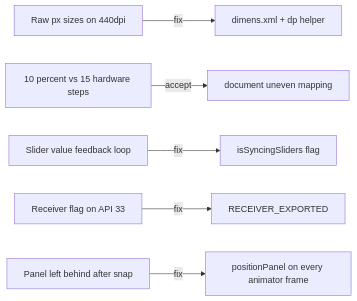
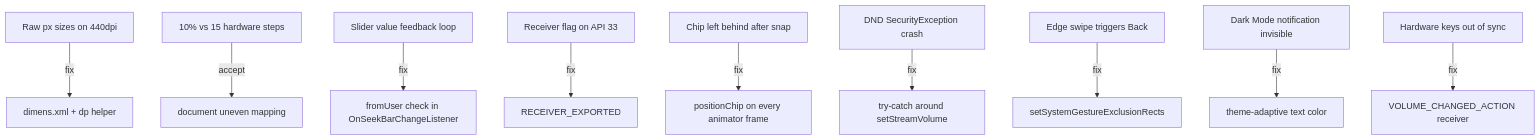
The diagram in docs/DECISIONS_AND_TRAPS.md (Mostakim2005/volume-manager), drawn with Mermaid before and after one commit. The commit also changed other lines of this file and 4 other files, not shown here.

Commit message:
docs: sync documentation with compact chip redesign and add interactive HTML previews

````diff
--- a/docs/DECISIONS_AND_TRAPS.md
+++ b/docs/DECISIONS_AND_TRAPS.md
@@ -45,8 +40,12 @@
 ```mermaid
-flowchart LR
+flowchart TD
     T1[Raw px sizes on 440dpi] -->|fix| D1[dimens.xml + dp helper]
-    T2[10 percent vs 15 hardware steps] -->|accept| D2[document uneven mapping]
-    T3[Slider value feedback loop] -->|fix| D3[isSyncingSliders flag]
+    T2[10% vs 15 hardware steps] -->|accept| D2[document uneven mapping]
+    T3[Slider value feedback loop] -->|fix| D3[fromUser check in OnSeekBarChangeListener]
     T4[Receiver flag on API 33] -->|fix| D4[RECEIVER_EXPORTED]
-    T5[Panel left behind after snap] -->|fix| D5[positionPanel on every animator frame]
+    T5[Chip left behind after snap] -->|fix| D5[positionChip on every animator frame]
+    T6[DND SecurityException crash] -->|fix| D6[try-catch around setStreamVolume]
+    T7[Edge swipe triggers Back] -->|fix| D7[setSystemGestureExclusionRects]
+    T8[Dark Mode notification invisible] -->|fix| D8[theme-adaptive text color]
+    T9[Hardware keys out of sync] -->|fix| D9[VOLUME_CHANGED_ACTION receiver]
 ```
````
